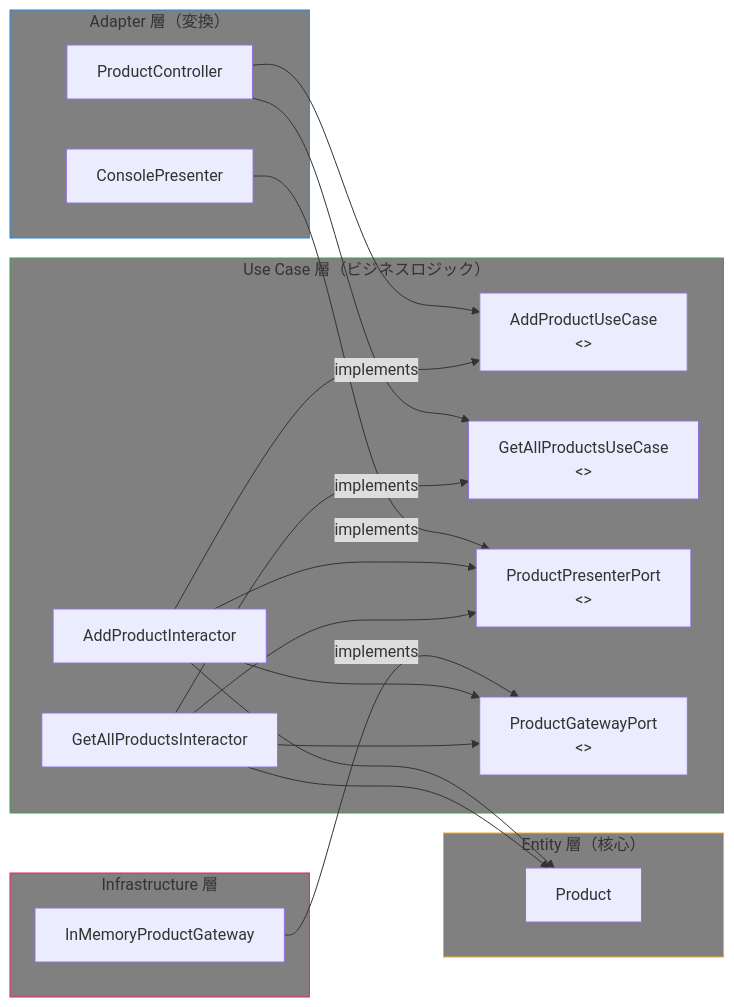
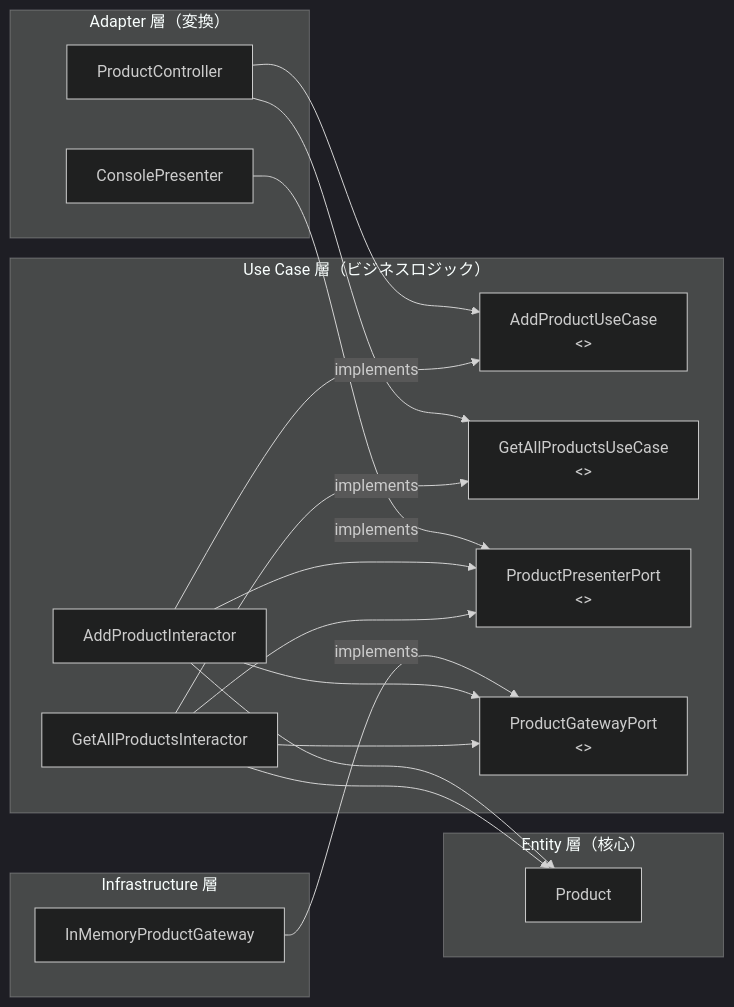
One commit to t-inoue0214/starter-java-first-steps changed the first of 3 diagrams in src/main/java/com/example/clean_architecture/README.md. Above: the diagram before and after it, drawn with Mermaid. The commit also changed other lines of this file and 9 other files, not shown here.

Commit message:
[update] Added the history of microarchitectures to the README for Chapter 14 and set the Mermaid.js scheme for all READMEs to monochrome

````diff
--- a/src/main/java/com/example/clean_architecture/README.md
+++ b/src/main/java/com/example/clean_architecture/README.md
@@ -45,42 +45,38 @@
 ```mermaid
+%%{init:{'theme':'dark'}}%%
 flowchart LR
     subgraph Adapter["Adapter 層（変換）"]
         PC[ProductController]
         CP[ConsolePresenter]
     end
 
     subgraph UseCase["Use Case 層（ビジネスロジック）"]
         AU[AddProductUseCase\n<<interface>>]
         GU[GetAllProductsUseCase\n<<interface>>]
         PP[ProductPresenterPort\n<<interface>>]
         GW[ProductGatewayPort\n<<interface>>]
         AI[AddProductInteractor]
         GI[GetAllProductsInteractor]
     end
 
     subgraph Entity["Entity 層（核心）"]
         P[Product]
     end
 
     subgraph Infra["Infrastructure 層"]
         IMG[InMemoryProductGateway]
     end
 
     PC --> AU
     PC --> GU
     AI -->|implements| AU
     GI -->|implements| GU
     CP -->|implements| PP
     IMG -->|implements| GW
     AI --> PP
     AI --> GW
     GI --> PP
     GI --> GW
     AI --> P
     GI --> P
-
-    style Entity fill:gray,stroke:#f9a825
-    style UseCase fill:gray,stroke:#43a047
-    style Adapter fill:gray,stroke:#1e88e5
-    style Infra fill:gray,stroke:#e91e63
 ```
````
